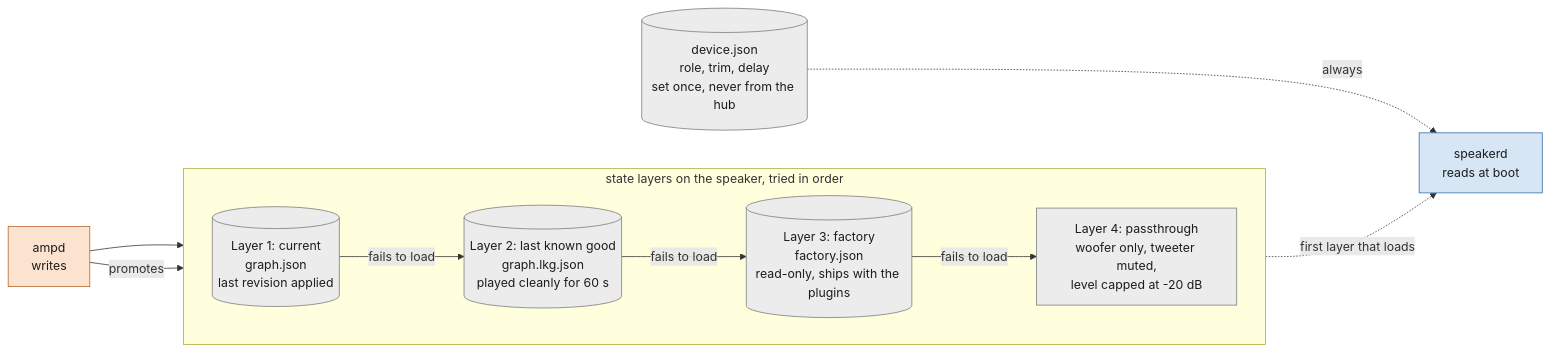
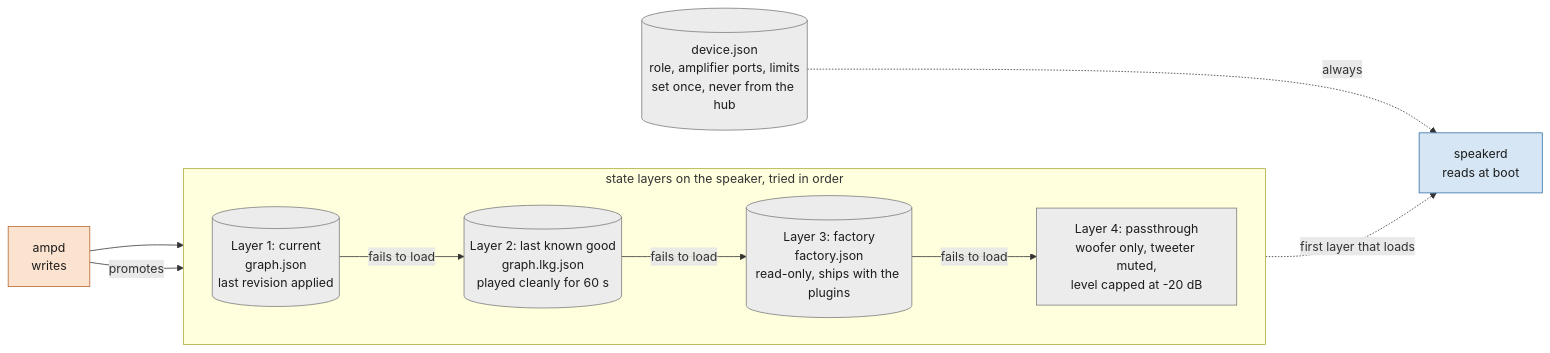
One commit to AMuszkat/bpi_amp_platform changed the tenth of 12 diagrams in docs/remote-plugin-host.md. Above: the diagram before and after it, drawn with Mermaid. The commit also changed other lines of this file and 1 other file, not shown here.

First line of the commit message:
Docs: device.json as it is now; board-dev uses the /board skill that exists

````diff
--- a/docs/remote-plugin-host.md
+++ b/docs/remote-plugin-host.md
@@ -739,22 +741,22 @@
 ```mermaid
 flowchart LR
     classDef ctl fill:#fbe3cf,stroke:#b4642a,color:#1d1d1d
     classDef aud fill:#d6e6f5,stroke:#2f6aa3,color:#1d1d1d
     classDef sto fill:#ececec,stroke:#7a7a7a,color:#1d1d1d
 
     ampd["ampd<br/>writes"]:::ctl
     subgraph layers["state layers on the speaker, tried in order"]
         direction LR
         cur[("Layer 1: current<br/>graph.json<br/>last revision applied")]:::sto
         lkg[("Layer 2: last known good<br/>graph.lkg.json<br/>played cleanly for 60 s")]:::sto
         fac[("Layer 3: factory<br/>factory.json<br/>read-only, ships with the plugins")]:::sto
         pass["Layer 4: passthrough<br/>woofer only, tweeter muted,<br/>level capped at -20 dB"]:::sto
         cur -- "fails to load" --> lkg -- "fails to load" --> fac -- "fails to load" --> pass
     end
-    dev[("device.json<br/>role, trim, delay<br/>set once, never from the hub")]:::sto
+    dev[("device.json<br/>role, amplifier ports, limits<br/>set once, never from the hub")]:::sto
     sd["speakerd<br/>reads at boot"]:::aud
     ampd --> cur
     ampd -- "promotes" --> lkg
     layers -. "first layer that loads" .-> sd
     dev -. "always" .-> sd
 ```
````
